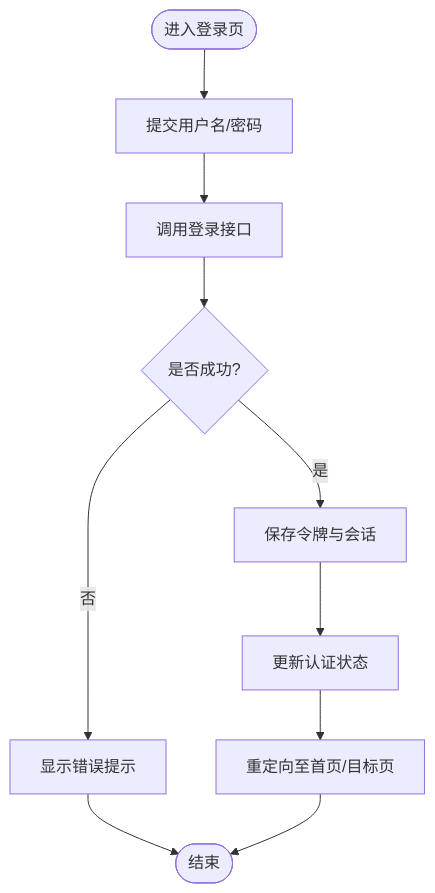
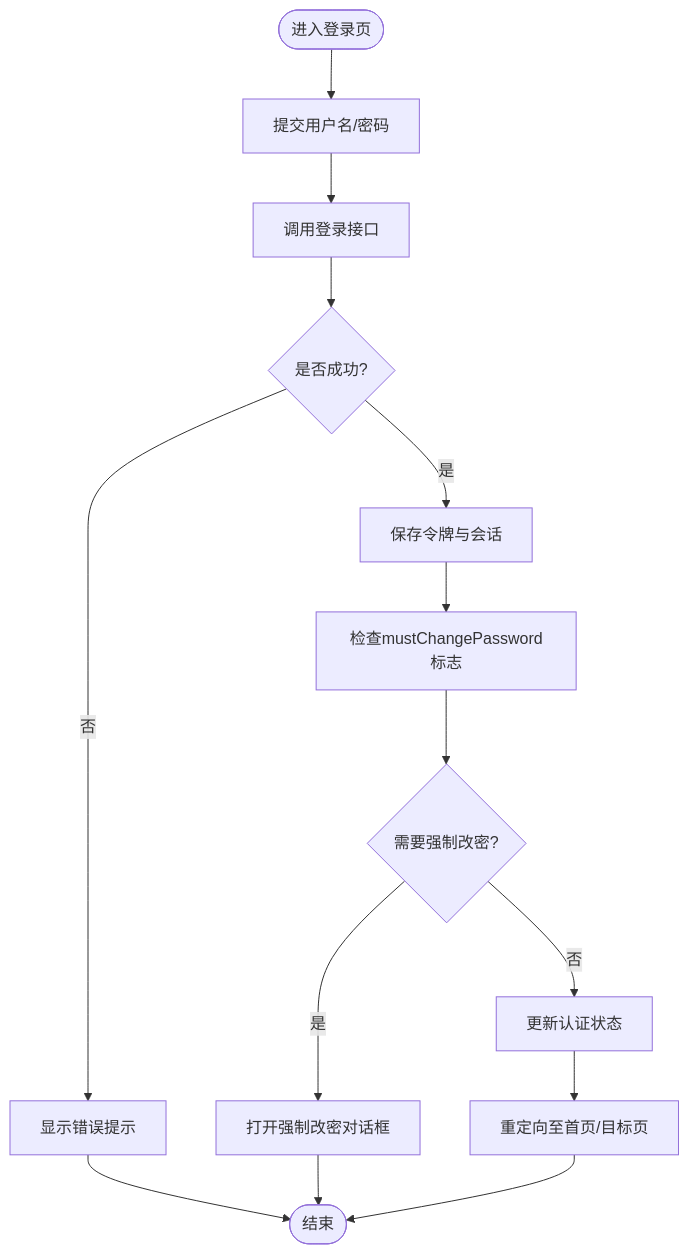
The third of 9 diagrams in .qoder/repowiki/zh/content/安全指南/安全指南.md (Damao997/newproject), drawn with Mermaid before and after one commit. The commit also changed other lines of this file and 24 other files, not shown here.

````diff
--- a/.qoder/repowiki/zh/content/安全指南/安全指南.md
+++ b/.qoder/repowiki/zh/content/安全指南/安全指南.md
@@ -148,12 +154,16 @@
 ```mermaid
 flowchart TD
 Start(["进入登录页"]) --> Submit["提交用户名/密码"]
 Submit --> CallAPI["调用登录接口"]
 CallAPI --> Resp{"是否成功?"}
 Resp --> |否| ShowErr["显示错误提示"]
 Resp --> |是| SaveToken["保存令牌与会话"]
-SaveToken --> UpdateState["更新认证状态"]
+SaveToken --> CheckForce["检查mustChangePassword标志"]
+CheckForce --> Force{"需要强制改密?"}
+Force --> |是| OpenDialog["打开强制改密对话框"]
+Force --> |否| UpdateState["更新认证状态"]
 UpdateState --> Redirect["重定向至首页/目标页"]
-ShowErr --> End(["结束"])
+OpenDialog --> End(["结束"])
+ShowErr --> End
 Redirect --> End
 ```
````
